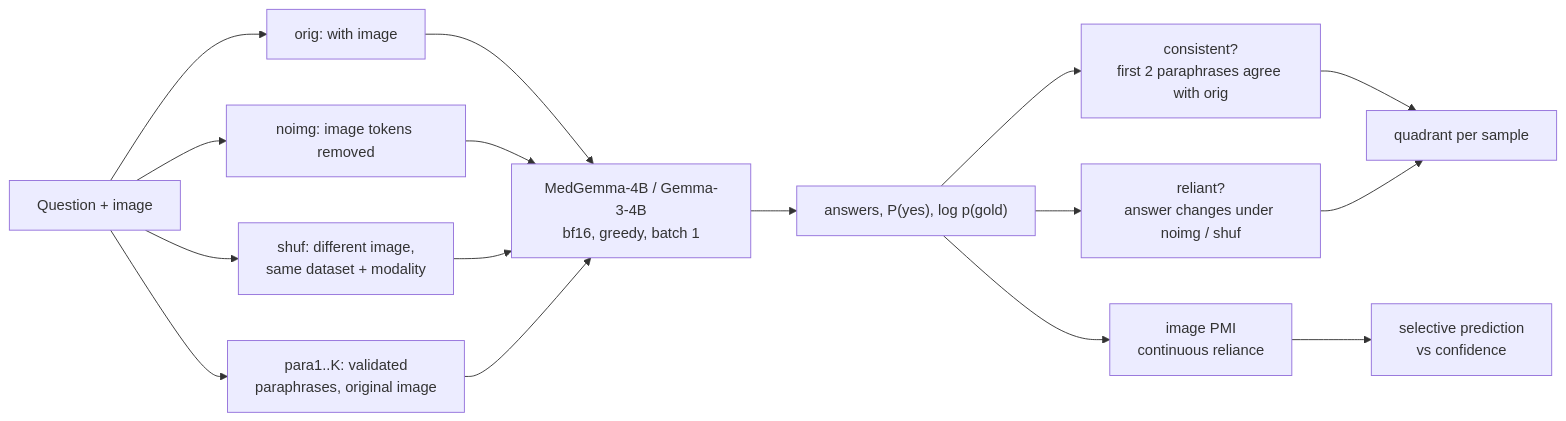
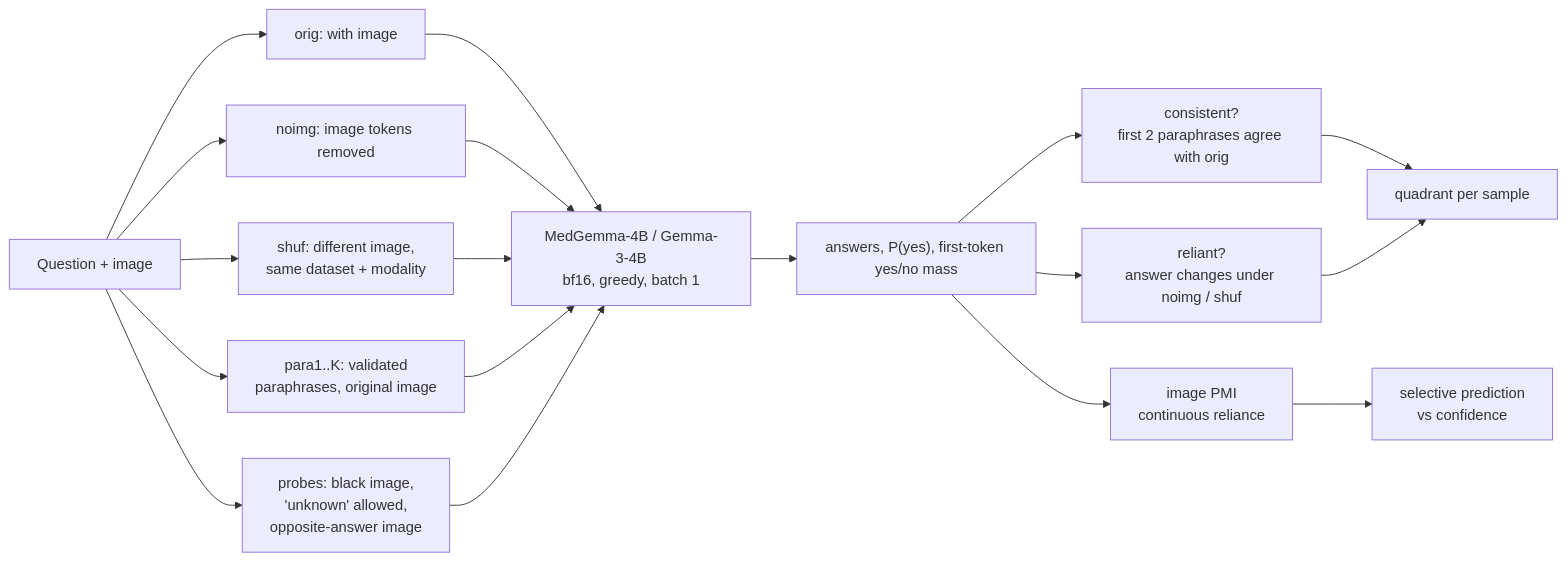
The diagram in README.md (thaitri2005/Medvlm-Image-Reliance), drawn with Mermaid before and after one commit. The commit also changed other lines of this file and 31 other files, not shown here.

````diff
--- a/README.md
+++ b/README.md
@@ -94,14 +119,15 @@
 ```mermaid
 flowchart LR
     Q[Question + image] --> O[orig: with image]
     Q --> N[noimg: image tokens removed]
     Q --> S[shuf: different image,<br/>same dataset + modality]
     Q --> P[para1..K: validated<br/>paraphrases, original image]
-    O & N & S & P --> M[MedGemma-4B / Gemma-3-4B<br/>bf16, greedy, batch 1]
-    M --> A["answers, P(yes), log p(gold)"]
+    Q --> X[probes: black image,<br/>'unknown' allowed,<br/>opposite-answer image]
+    O & N & S & P & X --> M[MedGemma-4B / Gemma-3-4B<br/>bf16, greedy, batch 1]
+    M --> A["answers, P(yes), first-token yes/no mass"]
     A --> C[consistent?<br/>first 2 paraphrases agree with orig]
     A --> R[reliant?<br/>answer changes under noimg / shuf]
     A --> PMI[image PMI<br/>continuous reliance]
     C & R --> QD[quadrant per sample]
     PMI --> SP[selective prediction<br/>vs confidence]
 ```
````
